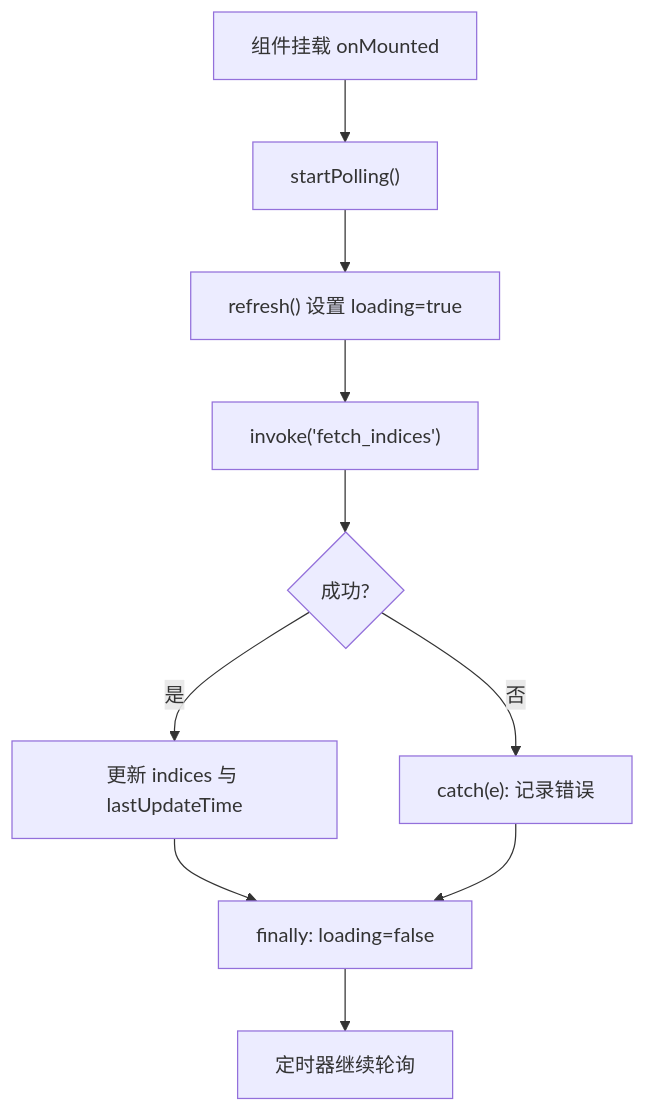
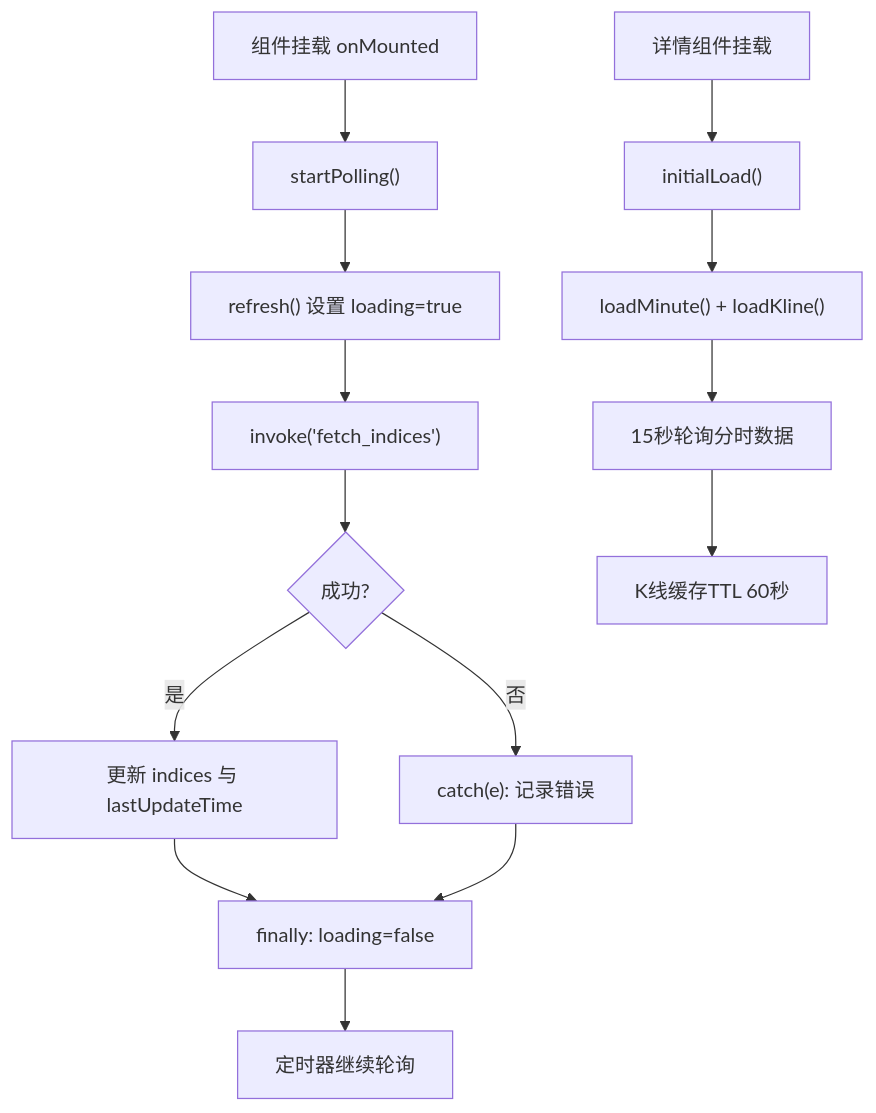
Before and after one commit to jiashaoying/hq-kanban-app: the fourth of 7 diagrams in .qoder/repowiki/zh/content/后端开发/Tauri命令接口.md, drawn with Mermaid. The commit also changed other lines of this file and 7 other files, not shown here.

````diff
--- a/.qoder/repowiki/zh/content/后端开发/Tauri命令接口.md
+++ b/.qoder/repowiki/zh/content/后端开发/Tauri命令接口.md
@@ -172,12 +288,16 @@
 ```mermaid
 flowchart TD
 A["组件挂载 onMounted"] --> B["startPolling()"]
 B --> C["refresh() 设置 loading=true"]
 C --> D["invoke('fetch_indices')"]
 D --> E{"成功?"}
 E -- 否 --> F["catch(e): 记录错误"]
 E -- 是 --> G["更新 indices 与 lastUpdateTime"]
 G --> H["finally: loading=false"]
 F --> H
 H --> I["定时器继续轮询"]
+J["详情组件挂载"] --> K["initialLoad()"]
+K --> L["loadMinute() + loadKline()"]
+L --> M["15秒轮询分时数据"]
+M --> N["K线缓存TTL 60秒"]
 ```
````
